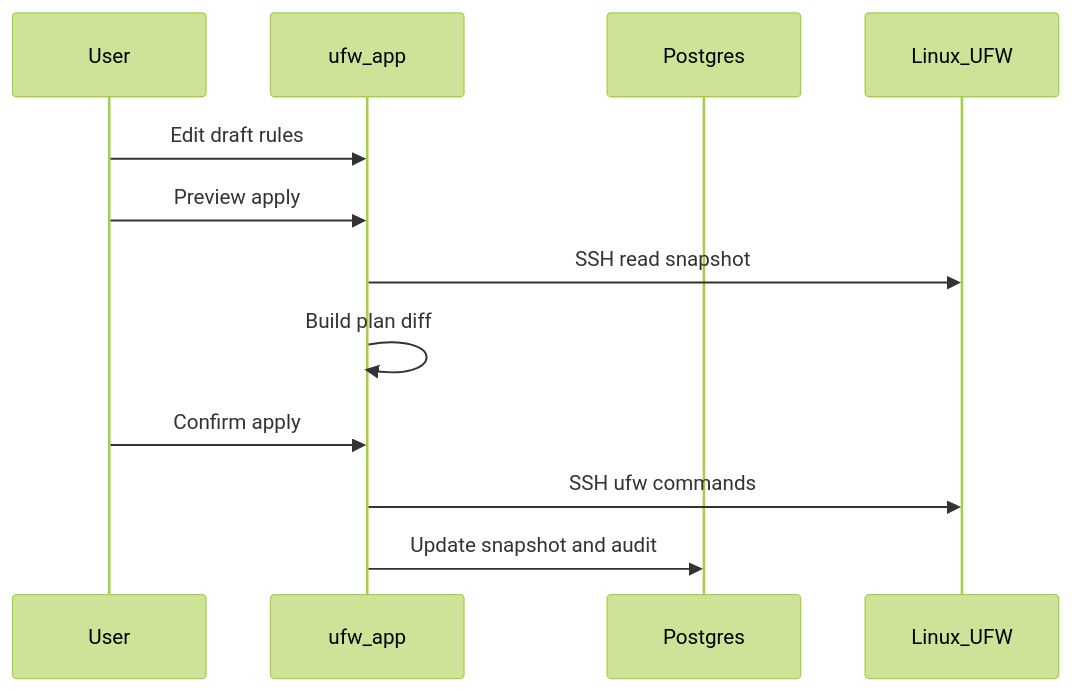
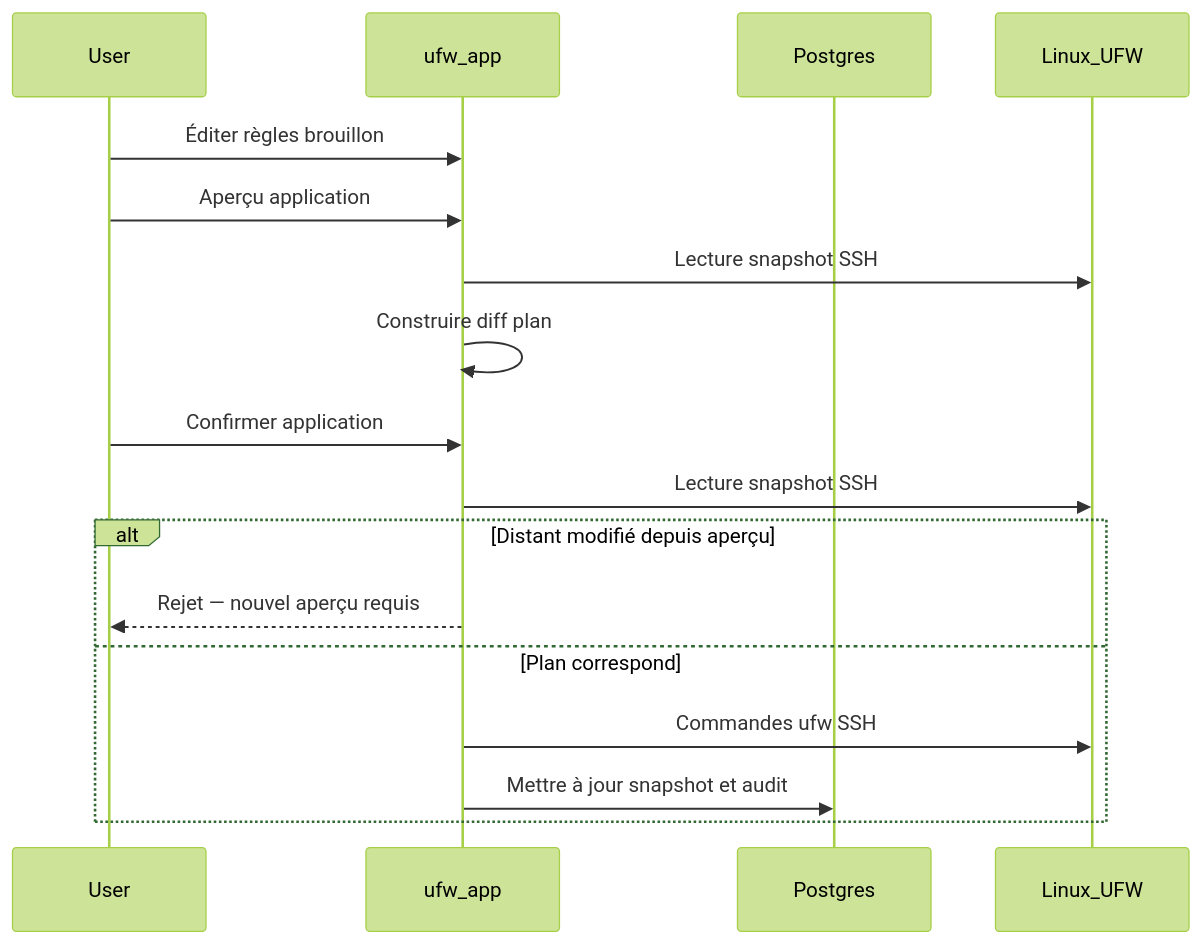
One commit to finenumbers/ufw changed the diagram in docs/fr/concepts/draft-apply-workflow.md. Above: the diagram before and after it, drawn with Mermaid (forest theme). The commit also changed other lines of this file and 118 other files, not shown here.

````diff
--- a/docs/fr/concepts/draft-apply-workflow.md
+++ b/docs/fr/concepts/draft-apply-workflow.md
@@ -37,15 +37,20 @@
 ```mermaid
 sequenceDiagram
   participant User
   participant App as ufw_app
   participant DB as Postgres
   participant Remote as Linux_UFW
 
-  User->>App: Edit draft rules
-  User->>App: Preview apply
-  App->>Remote: SSH read snapshot
-  App->>App: Build plan diff
-  User->>App: Confirm apply
-  App->>Remote: SSH ufw commands
-  App->>DB: Update snapshot and audit
+  User->>App: Éditer règles brouillon
+  User->>App: Aperçu application
+  App->>Remote: Lecture snapshot SSH
+  App->>App: Construire diff plan
+  User->>App: Confirmer application
+  App->>Remote: Lecture snapshot SSH
+  alt Distant modifié depuis aperçu
+    App-->>User: Rejet — nouvel aperçu requis
+  else Plan correspond
+    App->>Remote: Commandes ufw SSH
+    App->>DB: Mettre à jour snapshot et audit
+  end
 ```
````
